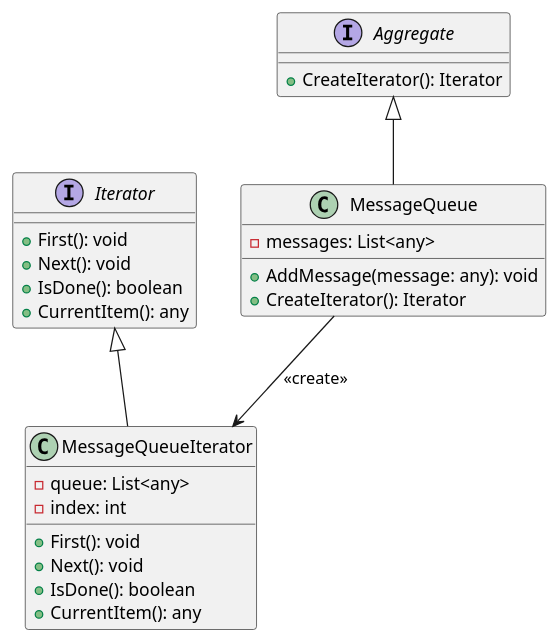
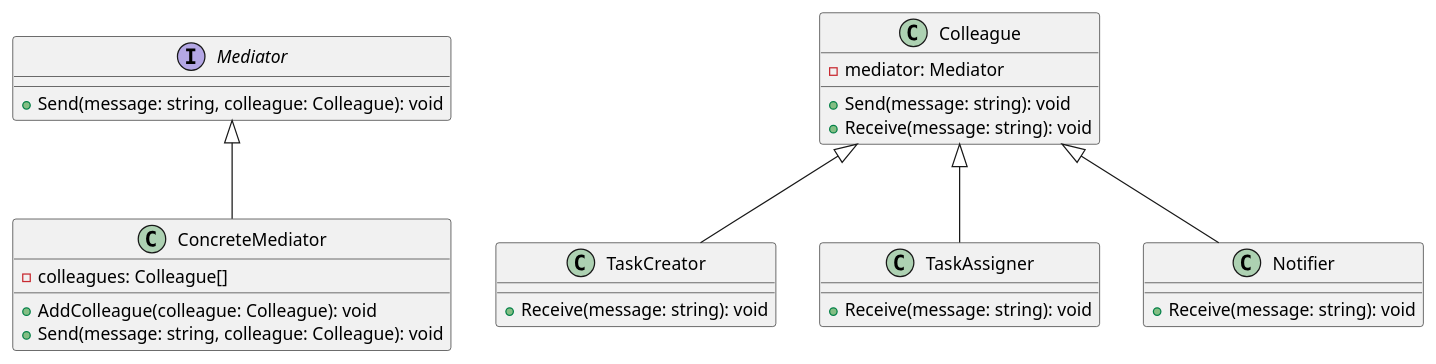
Before and after one commit to andrewovchinnikov/design-patterns: the diagram in klassifikaciya-patternov/povedencheskie-patterny-behavioral-patterns/posrednik-mediator/primery/vzaimodeistvie-komponentov-v-task-trekere/go.md, drawn with PlantUML. The commit also changed other lines of this file and 3 other files, not shown here.

````diff
--- a/klassifikaciya-patternov/povedencheskie-patterny-behavioral-patterns/posrednik-mediator/primery/vzaimodeistvie-komponentov-v-task-trekere/go.md
+++ b/klassifikaciya-patternov/povedencheskie-patterny-behavioral-patterns/posrednik-mediator/primery/vzaimodeistvie-komponentov-v-task-trekere/go.md
@@ -114,35 +134,38 @@
 ```plantuml
 @startuml
 
-interface Iterator {
-    +First(): void
-    +Next(): void
-    +IsDone(): boolean
-    +CurrentItem(): any
+interface Mediator {
+    +Send(message: string, colleague: Colleague): void
 }
 
-class MessageQueueIterator {
-    -queue: List<any>
-    -index: int
-    +First(): void
-    +Next(): void
-    +IsDone(): boolean
-    +CurrentItem(): any
+class Colleague {
+    -mediator: Mediator
+    +Send(message: string): void
+    +Receive(message: string): void
 }
 
-interface Aggregate {
-    +CreateIterator(): Iterator
+class ConcreteMediator {
+    -colleagues: Colleague[]
+    +AddColleague(colleague: Colleague): void
+    +Send(message: string, colleague: Colleague): void
 }
 
-class MessageQueue {
-    -messages: List<any>
-    +AddMessage(message: any): void
-    +CreateIterator(): Iterator
+class TaskCreator {
+    +Receive(message: string): void
 }
 
-Iterator <|-- MessageQueueIterator
-Aggregate <|-- MessageQueue
-MessageQueue --> MessageQueueIterator: <<create>>
+class TaskAssigner {
+    +Receive(message: string): void
+}
+
+class Notifier {
+    +Receive(message: string): void
+}
+
+Mediator <|-- ConcreteMediator
+Colleague <|-- TaskCreator
+Colleague <|-- TaskAssigner
+Colleague <|-- Notifier
 
 @enduml
 ```
````
